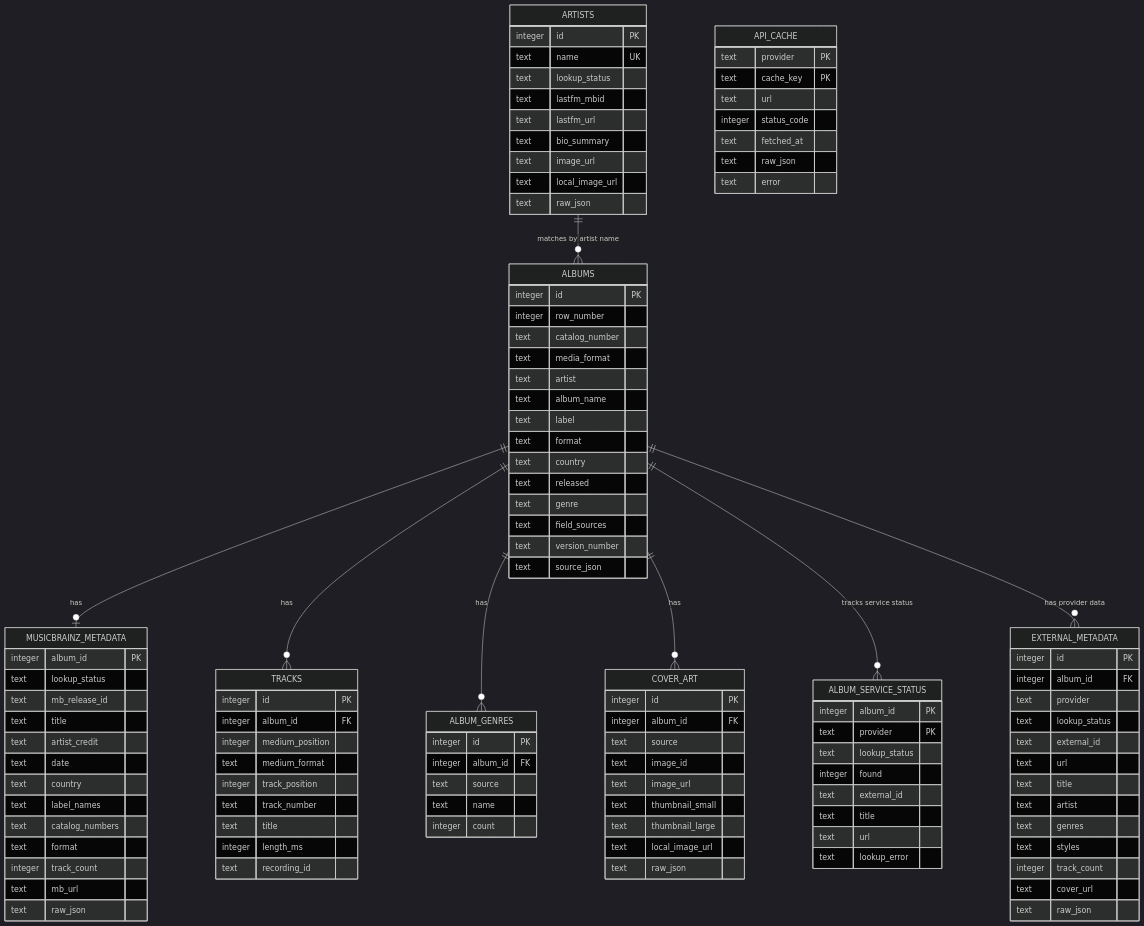
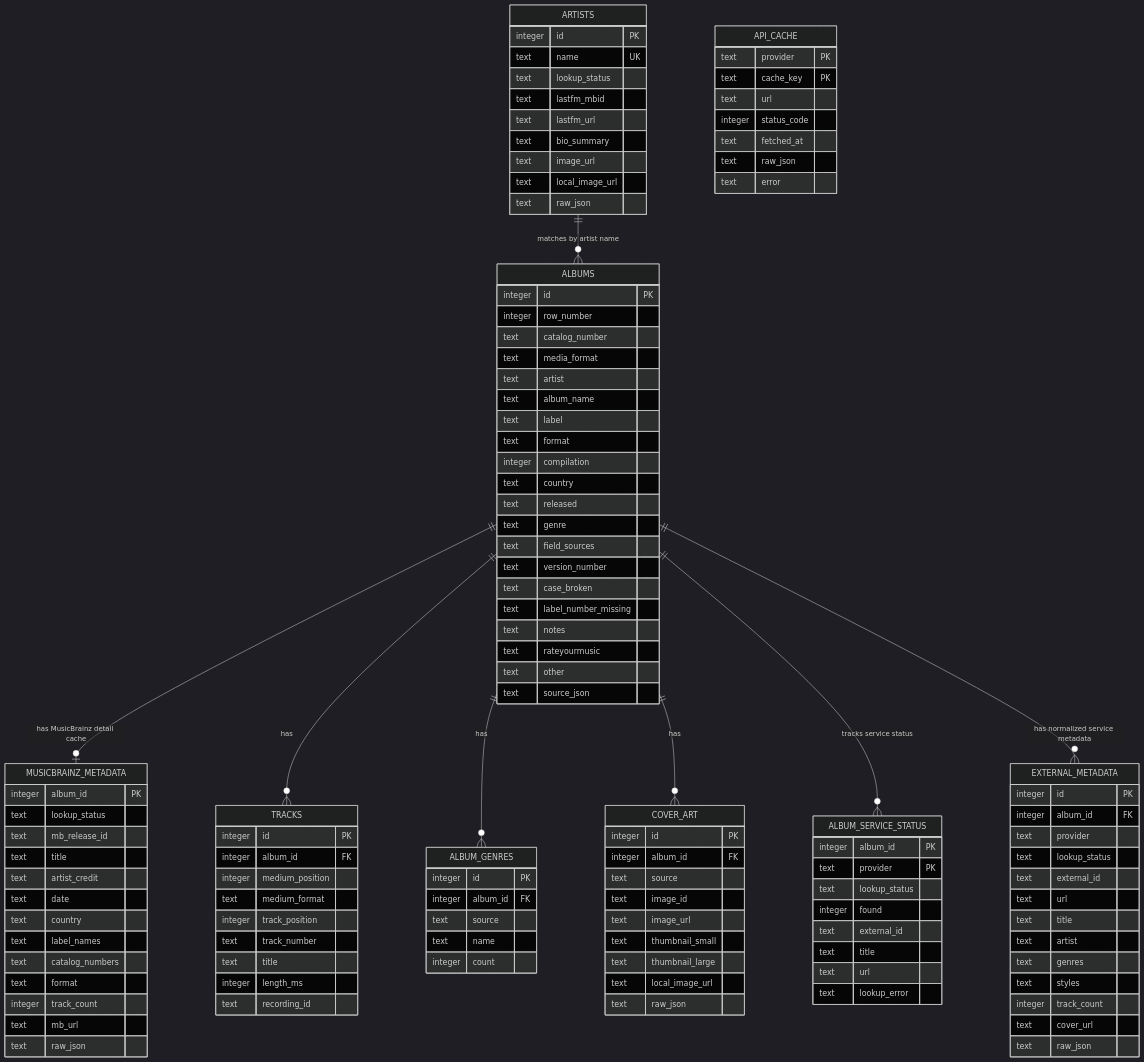
Before and after one commit to wirtes/cd-archive: the first of 2 diagrams in README.md, drawn with Mermaid (dark theme). The commit also changed other lines of this file and 16 other files, not shown here.

````diff
--- a/README.md
+++ b/README.md
@@ -108,11 +149,17 @@
         text album_name
         text label
         text format
+        integer compilation
         text country
         text released
         text genre
         text field_sources
         text version_number
+        text case_broken
+        text label_number_missing
+        text notes
+        text rateyourmusic
+        text other
         text source_json
     }
 
@@ -214,10 +261,10 @@
     }
 
     ARTISTS ||--o{ ALBUMS : "matches by artist name"
-    ALBUMS ||--o| MUSICBRAINZ_METADATA : "has"
+    ALBUMS ||--o| MUSICBRAINZ_METADATA : "has MusicBrainz detail cache"
     ALBUMS ||--o{ TRACKS : "has"
     ALBUMS ||--o{ ALBUM_GENRES : "has"
     ALBUMS ||--o{ COVER_ART : "has"
     ALBUMS ||--o{ ALBUM_SERVICE_STATUS : "tracks service status"
-    ALBUMS ||--o{ EXTERNAL_METADATA : "has provider data"
+    ALBUMS ||--o{ EXTERNAL_METADATA : "has normalized service metadata"
 ```
````
